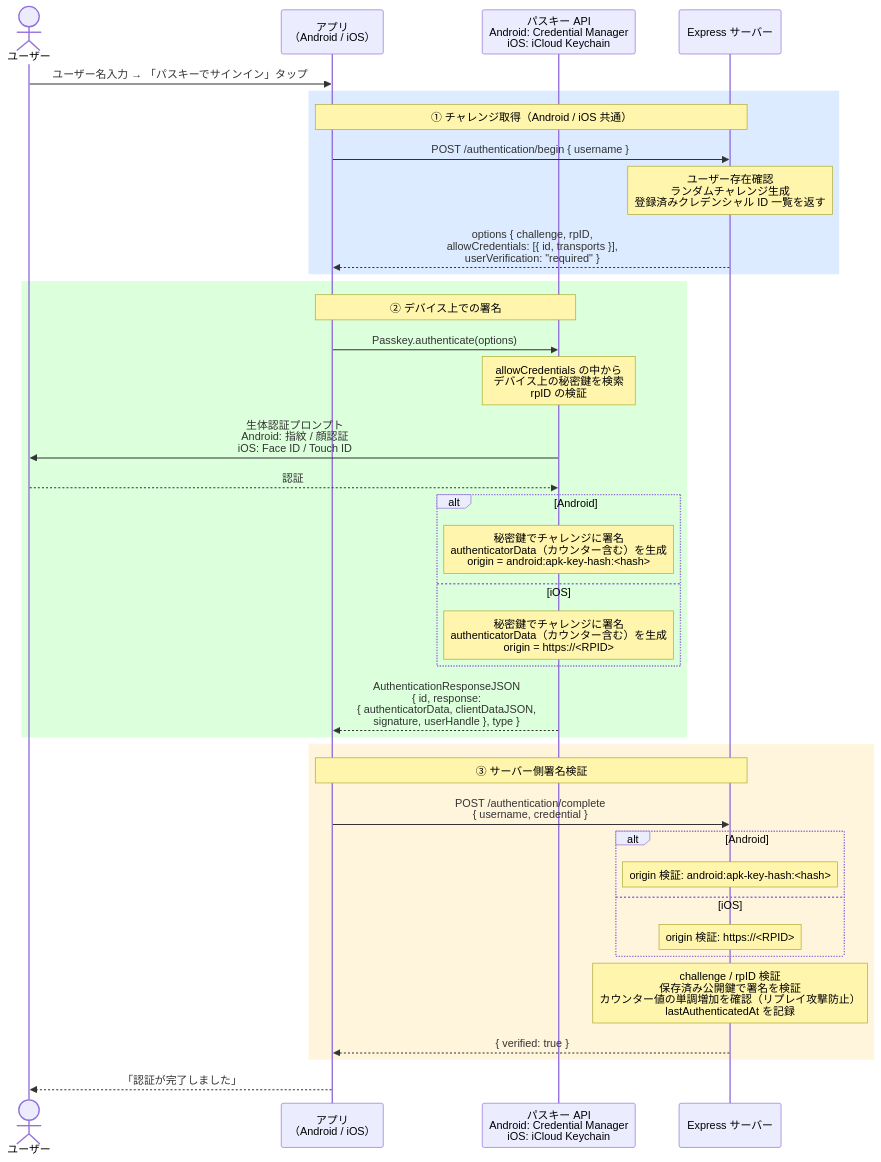
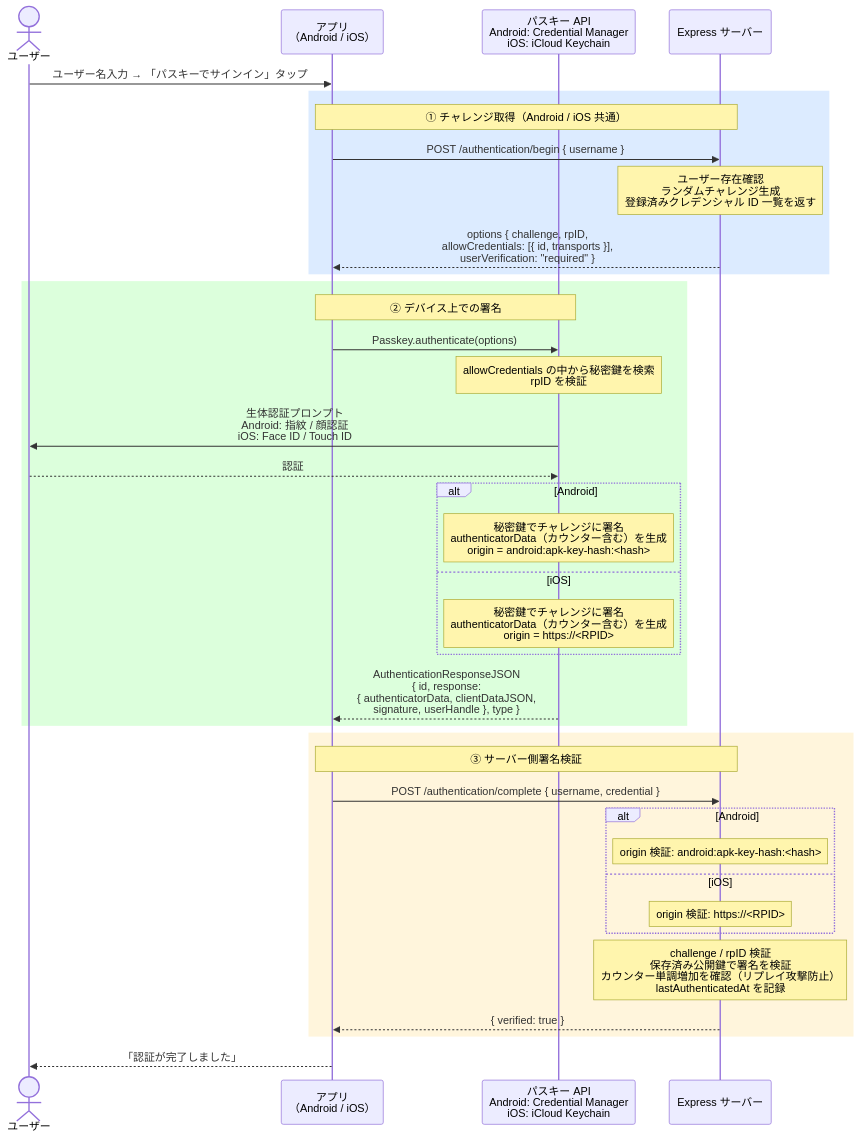
One commit to taka1226s/passkey-poc changed the third of 6 diagrams in README.md. Above: the diagram before and after it, drawn with Mermaid. The commit also changed other lines of this file, not shown here.

````diff
--- a/README.md
+++ b/README.md
@@ -321,44 +411,44 @@
 ```mermaid
 sequenceDiagram
     actor User as ユーザー
     participant App as アプリ<br/>（Android / iOS）
     participant CM as パスキー API<br/>Android: Credential Manager<br/>iOS: iCloud Keychain
     participant Server as Express サーバー
 
     User->>App: ユーザー名入力 → 「パスキーでサインイン」タップ
 
     rect rgb(220, 235, 255)
         Note over App,Server: ① チャレンジ取得（Android / iOS 共通）
         App->>Server: POST /authentication/begin { username }
         Note over Server: ユーザー存在確認<br/>ランダムチャレンジ生成<br/>登録済みクレデンシャル ID 一覧を返す
         Server-->>App: options { challenge, rpID,<br/>allowCredentials: [{ id, transports }],<br/>userVerification: "required" }
     end
 
     rect rgb(220, 255, 220)
         Note over App,CM: ② デバイス上での署名
         App->>CM: Passkey.authenticate(options)
-        Note over CM: allowCredentials の中から<br/>デバイス上の秘密鍵を検索<br/>rpID の検証
+        Note over CM: allowCredentials の中から秘密鍵を検索<br/>rpID を検証
         CM->>User: 生体認証プロンプト<br/>Android: 指紋 / 顔認証<br/>iOS: Face ID / Touch ID
         User-->>CM: 認証
         alt Android
             Note over CM: 秘密鍵でチャレンジに署名<br/>authenticatorData（カウンター含む）を生成<br/>origin = android:apk-key-hash:<hash>
         else iOS
             Note over CM: 秘密鍵でチャレンジに署名<br/>authenticatorData（カウンター含む）を生成<br/>origin = https://<RPID>
         end
         CM-->>App: AuthenticationResponseJSON<br/>{ id, response:<br/>{ authenticatorData, clientDataJSON,<br/>  signature, userHandle }, type }
     end
 
     rect rgb(255, 245, 220)
         Note over App,Server: ③ サーバー側署名検証
-        App->>Server: POST /authentication/complete<br/>{ username, credential }
+        App->>Server: POST /authentication/complete { username, credential }
         alt Android
             Note over Server: origin 検証: android:apk-key-hash:<hash>
         else iOS
             Note over Server: origin 検証: https://<RPID>
         end
-        Note over Server: challenge / rpID 検証<br/>保存済み公開鍵で署名を検証<br/>カウンター値の単調増加を確認（リプレイ攻撃防止）<br/>lastAuthenticatedAt を記録
+        Note over Server: challenge / rpID 検証<br/>保存済み公開鍵で署名を検証<br/>カウンター単調増加を確認（リプレイ攻撃防止）<br/>lastAuthenticatedAt を記録
         Server-->>App: { verified: true }
     end
 
     App-->>User: 「認証が完了しました」
 ```
````
